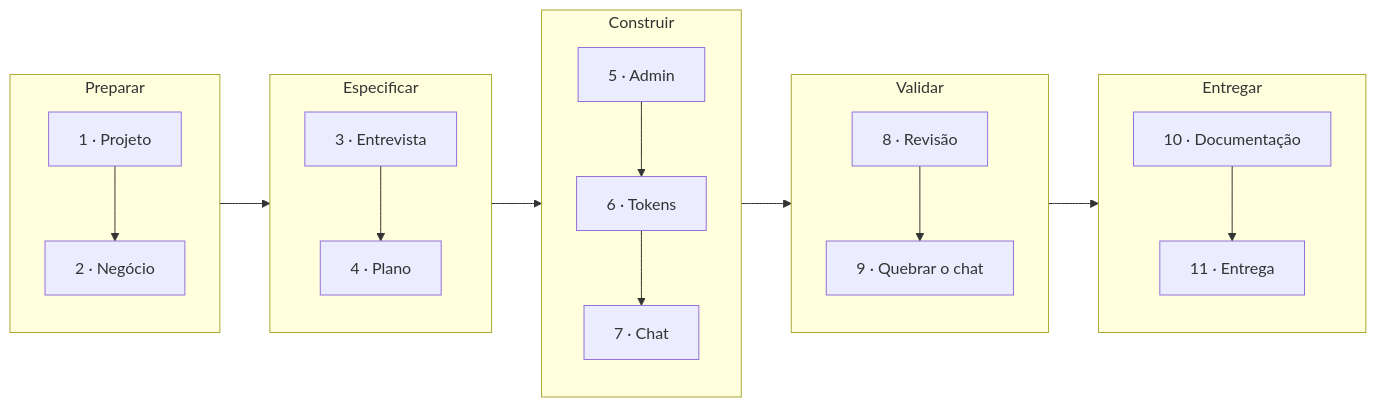
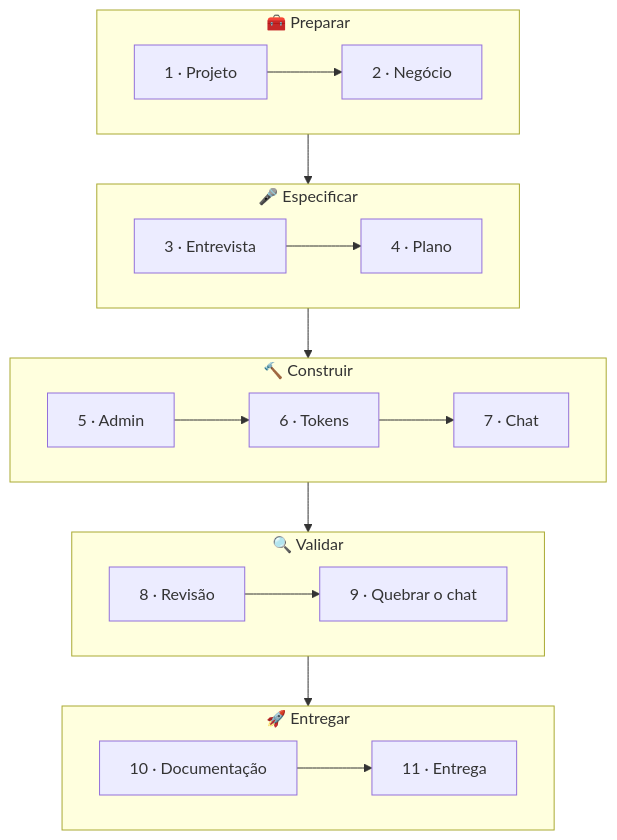
One commit to Blueydata/ai-dev-foundation changed the second of 2 diagrams in WORKSHOP.md. Above: the diagram before and after it, drawn with Mermaid.

Commit message:
docs: stack the workshop path diagram by phase

````diff
--- a/WORKSHOP.md
+++ b/WORKSHOP.md
@@ -25,19 +25,24 @@
 ```mermaid
-flowchart LR
-    subgraph P["Preparar"]
+flowchart TB
+    subgraph P["🧰 Preparar"]
+        direction LR
         S1["1 · Projeto"] --> S2["2 · Negócio"]
     end
-    subgraph E["Especificar"]
+    subgraph E["🎤 Especificar"]
+        direction LR
         S3["3 · Entrevista"] --> S4["4 · Plano"]
     end
-    subgraph C["Construir"]
+    subgraph C["🔨 Construir"]
+        direction LR
         S5["5 · Admin"] --> S6["6 · Tokens"] --> S7["7 · Chat"]
     end
-    subgraph V["Validar"]
+    subgraph V["🔍 Validar"]
+        direction LR
         S8["8 · Revisão"] --> S9["9 · Quebrar o chat"]
     end
-    subgraph D["Entregar"]
+    subgraph D["🚀 Entregar"]
+        direction LR
         S10["10 · Documentação"] --> S11["11 · Entrega"]
     end
     P --> E --> C --> V --> D
 ```
````
